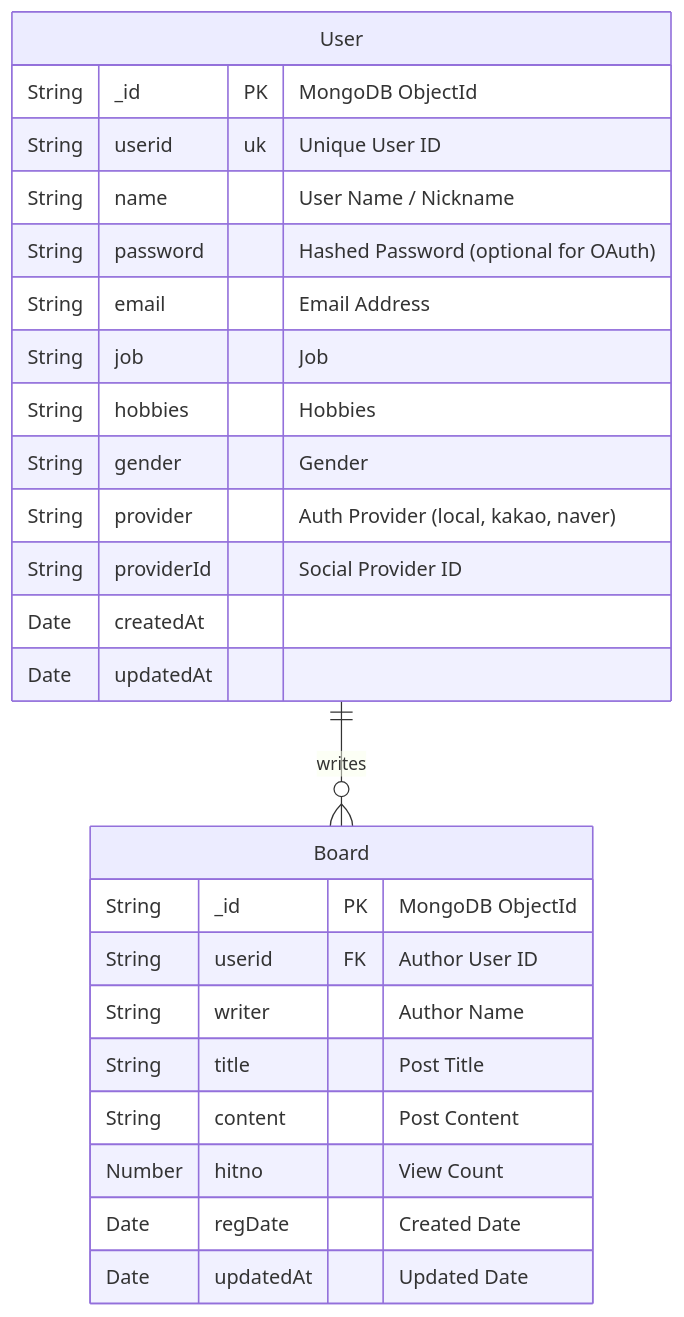
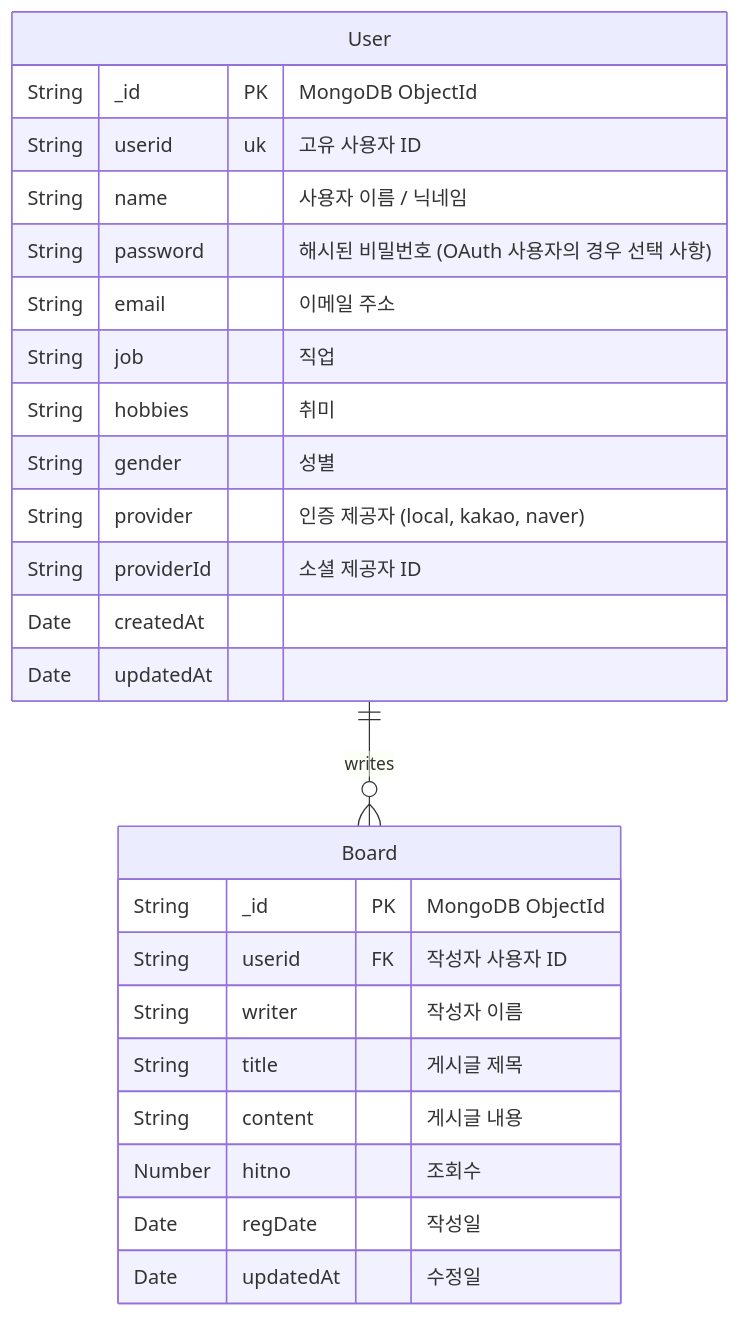
The first of 2 diagrams in README.md (kimmyuung/pratice_nuxt), drawn with Mermaid before and after one commit. The commit also changed other lines of this file, not shown here.

````diff
--- a/README.md
+++ b/README.md
@@ -15,28 +15,28 @@
 ```mermaid
 erDiagram
     User ||--o{ Board : writes
     User {
         String _id PK "MongoDB ObjectId"
-        String userid uk "Unique User ID"
-        String name "User Name / Nickname"
-        String password "Hashed Password (optional for OAuth)"
-        String email "Email Address"
-        String job "Job"
-        String hobbies "Hobbies"
-        String gender "Gender"
-        String provider "Auth Provider (local, kakao, naver)"
-        String providerId "Social Provider ID"
+        String userid uk "고유 사용자 ID"
+        String name "사용자 이름 / 닉네임"
+        String password "해시된 비밀번호 (OAuth 사용자의 경우 선택 사항)"
+        String email "이메일 주소"
+        String job "직업"
+        String hobbies "취미"
+        String gender "성별"
+        String provider "인증 제공자 (local, kakao, naver)"
+        String providerId "소셜 제공자 ID"
         Date createdAt
         Date updatedAt
     }
     Board {
         String _id PK "MongoDB ObjectId"
-        String userid FK "Author User ID"
-        String writer "Author Name"
-        String title "Post Title"
-        String content "Post Content"
-        Number hitno "View Count"
-        Date regDate "Created Date"
-        Date updatedAt "Updated Date"
+        String userid FK "작성자 사용자 ID"
+        String writer "작성자 이름"
+        String title "게시글 제목"
+        String content "게시글 내용"
+        Number hitno "조회수"
+        Date regDate "작성일"
+        Date updatedAt "수정일"
     }
 ```
````
